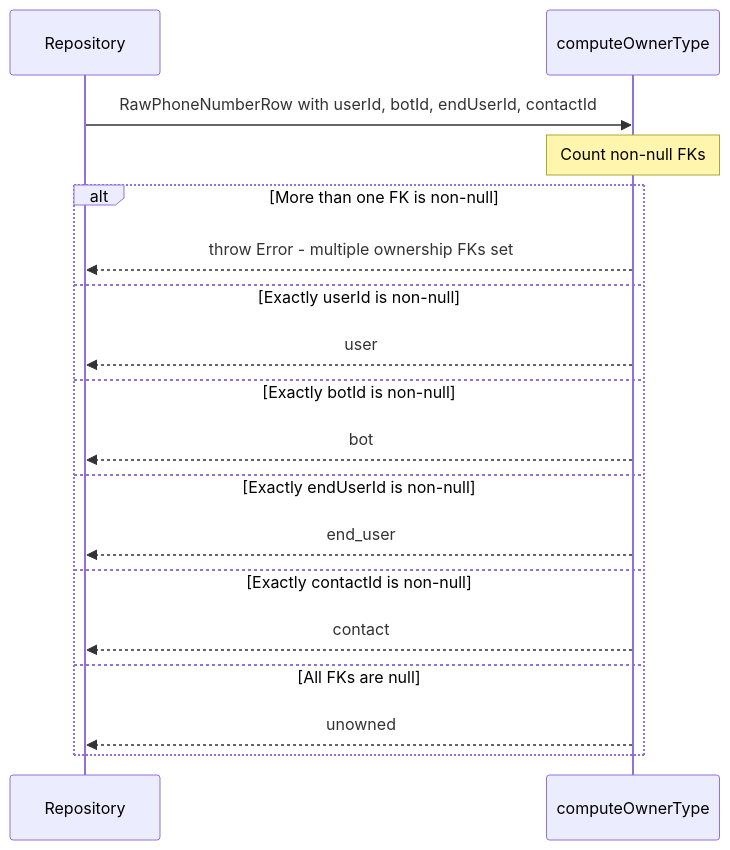
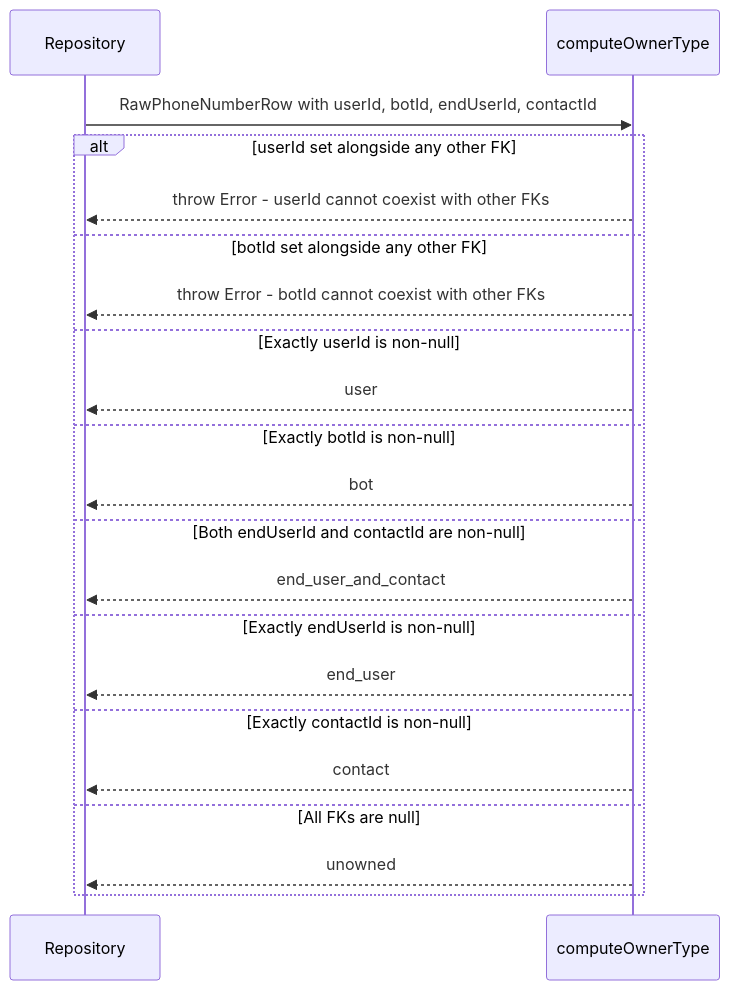
One commit to phonetastic-eng/phonetastic-server changed the fifth of 6 diagrams in docs/zod-domain-types-design.md. Above: the diagram before and after it, drawn with Mermaid. The commit also changed other lines of this file and 1 other file, not shown here.

First line of the commit message:
Fix PhoneNumber ownership model: endUserId and contactId can coexist

````diff
--- a/docs/zod-domain-types-design.md
+++ b/docs/zod-domain-types-design.md
@@ -119,21 +119,24 @@
 ```mermaid
 sequenceDiagram
     participant R as Repository
     participant F as computeOwnerType
 
     R->>F: RawPhoneNumberRow with userId, botId, endUserId, contactId
-    note over F: Count non-null FKs
-    alt More than one FK is non-null
-        F-->>R: throw Error - multiple ownership FKs set
+    alt userId set alongside any other FK
+        F-->>R: throw Error - userId cannot coexist with other FKs
+    else botId set alongside any other FK
+        F-->>R: throw Error - botId cannot coexist with other FKs
     else Exactly userId is non-null
         F-->>R: user
     else Exactly botId is non-null
         F-->>R: bot
+    else Both endUserId and contactId are non-null
+        F-->>R: end_user_and_contact
     else Exactly endUserId is non-null
         F-->>R: end_user
     else Exactly contactId is non-null
         F-->>R: contact
     else All FKs are null
         F-->>R: unowned
     end
 ```
````
